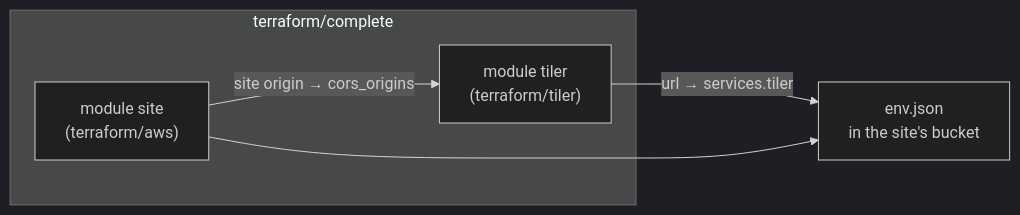
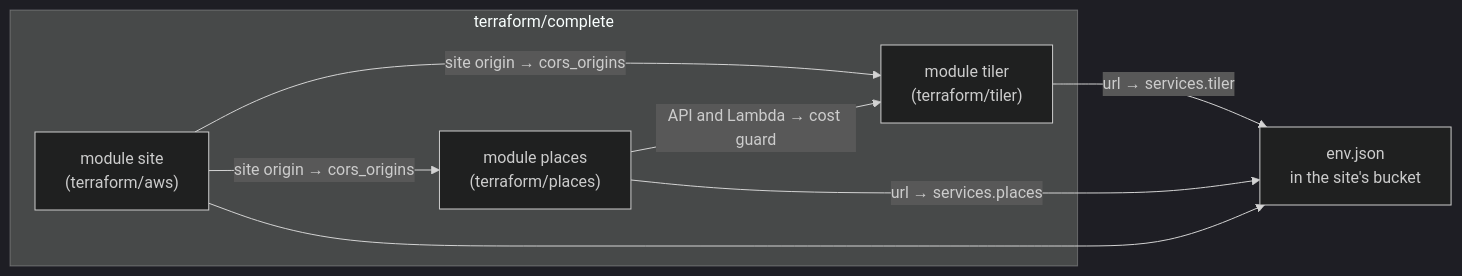
The diagram in docs/build/complete.md (YCGS-lab/multi-resolution-new-haven), drawn with Mermaid (dark theme) before and after one commit. The commit also changed other lines of this file and 10 other files, not shown here.

````diff
--- a/docs/build/complete.md
+++ b/docs/build/complete.md
@@ -8,10 +10,13 @@
 ```mermaid
 flowchart LR
   subgraph complete["terraform/complete"]
     site["module site<br/>(terraform/aws)"]
     tiler["module tiler<br/>(terraform/tiler)"]
+    places["module places<br/>(terraform/places)"]
   end
   tiler -->|"url → services.tiler"| env["env.json<br/>in the site's bucket"]
-  site -->|"site origin → cors_origins"| tiler
+  places -->|"url → services.places"| env
+  site -->|"site origin → cors_origins"| tiler & places
+  places -->|"API and Lambda → cost guard"| tiler
   site --> env
 ```
````
